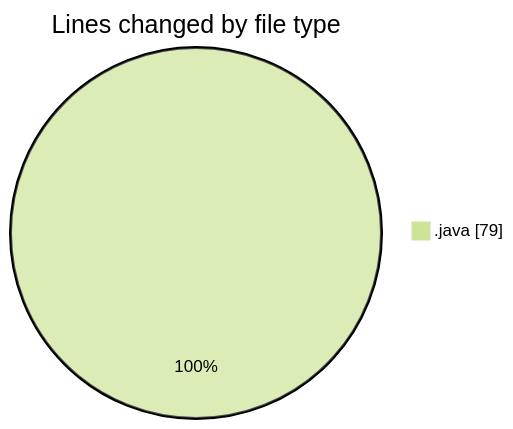
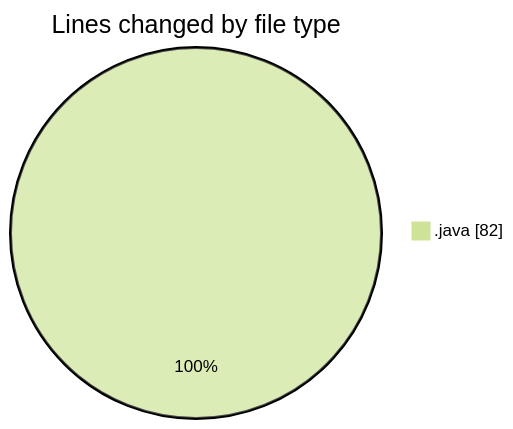
The first of 2 diagrams in 2025-02-12/oopstartfiles/README.md (NitaiMahat/code-tracking), drawn with Mermaid (forest theme) before and after one commit. The commit also changed other lines of this file and 1 other file, not shown here.

````diff
--- a/2025-02-12/oopstartfiles/README.md
+++ b/2025-02-12/oopstartfiles/README.md
@@ -21,5 +21,5 @@
 ```mermaid
 pie showData
 title Lines changed by file type
-".java" : 79
+".java" : 82
 ```
````
